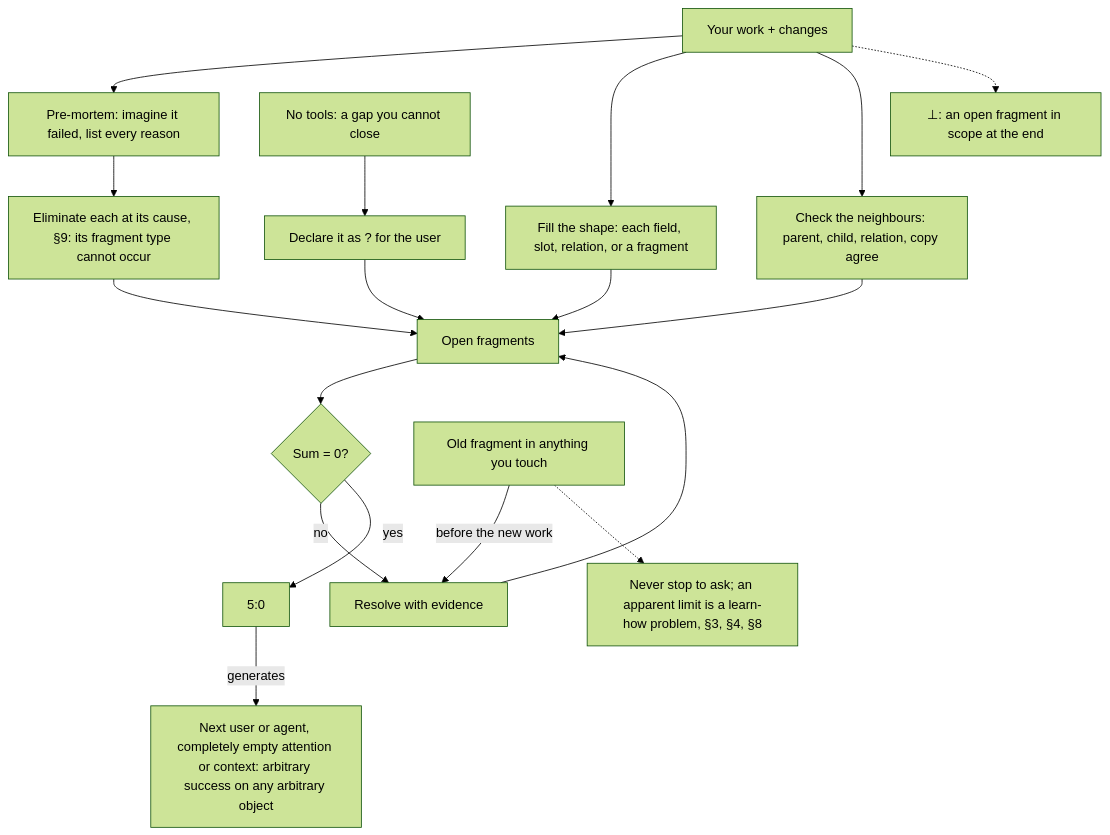
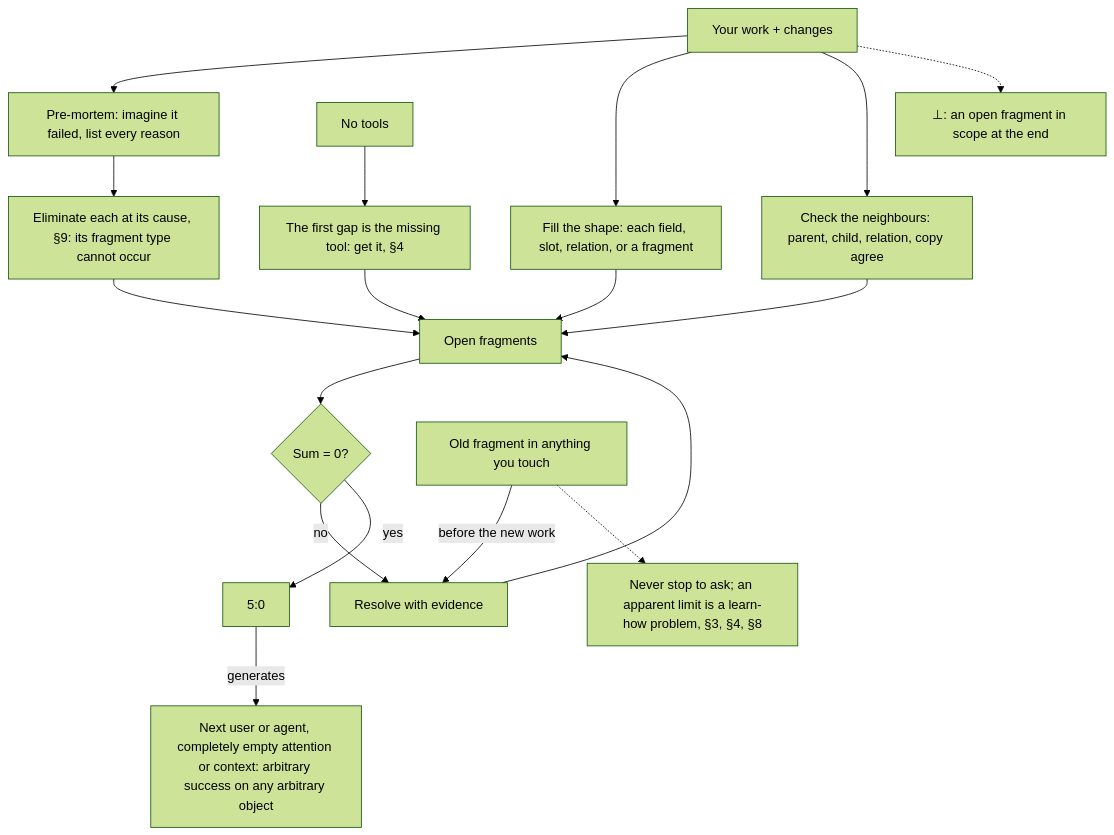
One commit to SolenixAI/arbiter changed the second of 14 diagrams in AGENTS.md. Above: the diagram before and after it, drawn with Mermaid (forest theme). The commit also changed other lines of this file, not shown here.

First line of the commit message:
docs(arbiter): recipe first, no user fallback, footer names the three bodies

````diff
--- a/AGENTS.md
+++ b/AGENTS.md
@@ -105,12 +105,12 @@
 ```mermaid
 flowchart TD
   W[Your work + changes] --> PM[Pre-mortem: imagine it failed, list every reason] --> P[Eliminate each at its cause, §9: its fragment type cannot occur] --> L[Open fragments] --> C{Sum = 0?}
   C -->|no| F[Resolve with evidence] --> L
   W --> SH[Fill the shape: each field, slot, relation, or a fragment] --> L
   W --> NB[Check the neighbours: parent, child, relation, copy agree] --> L
   C -->|yes| D[5:0] -->|generates| NX["Next user or agent, completely empty attention or context: arbitrary success on any arbitrary object"]
   O[Old fragment in anything you touch] -->|before the new work| F
   O -.-> TM["Never stop to ask; an apparent limit is a learn-how problem, §3, §4, §8"]
-  NT[No tools: a gap you cannot close] --> X["Declare it as ? for the user"] --> L
+  NT[No tools] --> X["The first gap is the missing tool: get it, §4"] --> L
   W -.-> BOT["⊥: an open fragment in scope at the end"]
 ```
````
